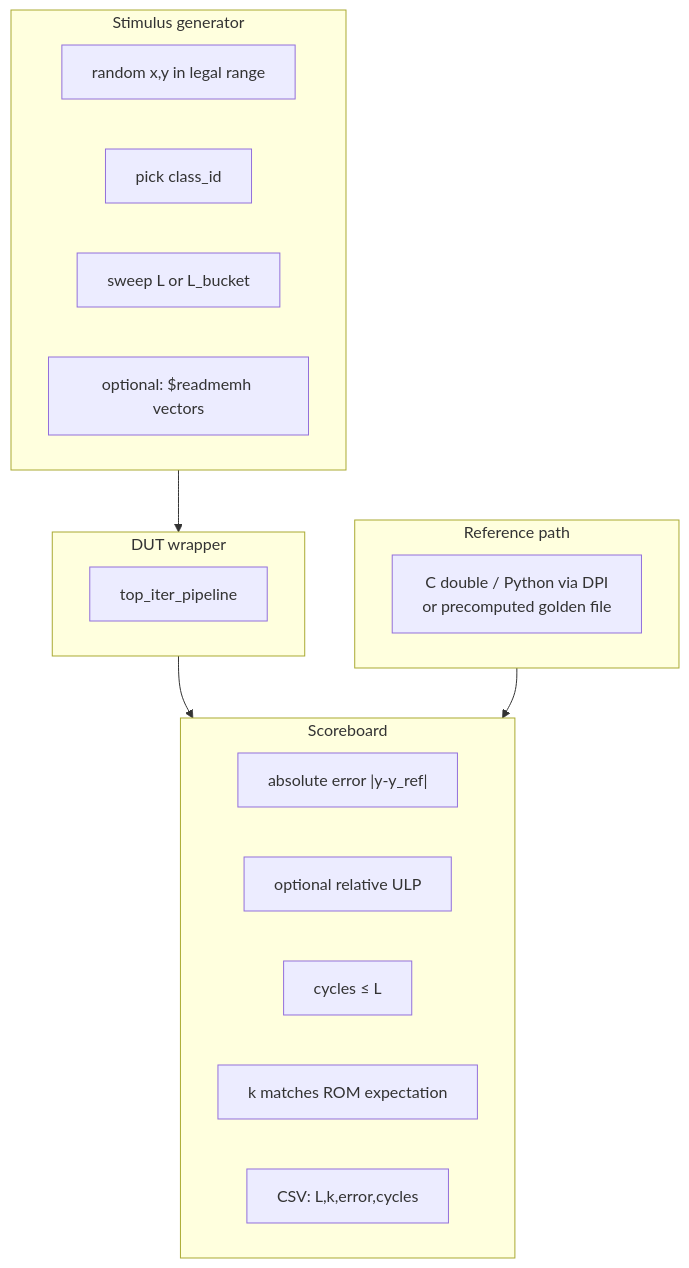
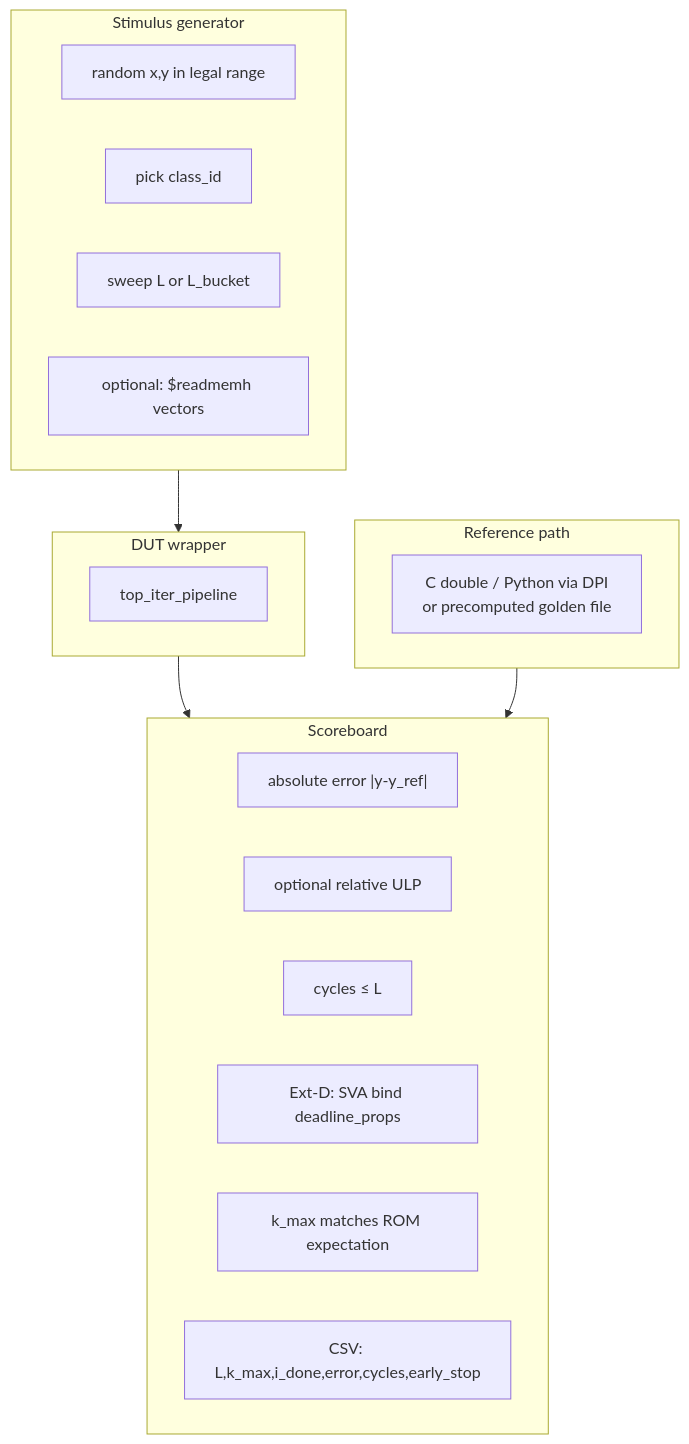
One commit to EeshanaHari9/Latency-Bounded-Scheduling-For-Iterative-Approximate-Pipeline changed the tenth of 12 diagrams in docs/iterative_approximate_dag_diagram.md. Above: the diagram before and after it, drawn with Mermaid. The commit also changed other lines of this file and 5 other files, not shown here.

````diff
--- a/docs/iterative_approximate_dag_diagram.md
+++ b/docs/iterative_approximate_dag_diagram.md
@@ -337,29 +343,30 @@
 ```mermaid
 flowchart TB
   subgraph GEN["Stimulus generator"]
     RND["random x,y in legal range"]
     CLS["pick class_id"]
     LSW["sweep L or L_bucket"]
     FILE["optional: $readmemh vectors"]
   end
 
   subgraph DUT2["DUT wrapper"]
     DUT["top_iter_pipeline"]
   end
 
   subgraph REF["Reference path"]
     PYREF["C double / Python via DPI<br/>or precomputed golden file"]
   end
 
   subgraph SB["Scoreboard"]
     ABS["absolute error |y-y_ref|"]
     REL["optional relative ULP"]
     LAT["cycles ≤ L"]
-    KOK["k matches ROM expectation"]
-    LOG["CSV: L,k,error,cycles"]
+    SVA["Ext-D: SVA bind deadline_props"]
+    KOK["k_max matches ROM expectation"]
+    LOG["CSV: L,k_max,i_done,error,cycles,early_stop"]
   end
 
   GEN --> DUT2
   DUT2 --> SB
   REF --> SB
 ```
````
